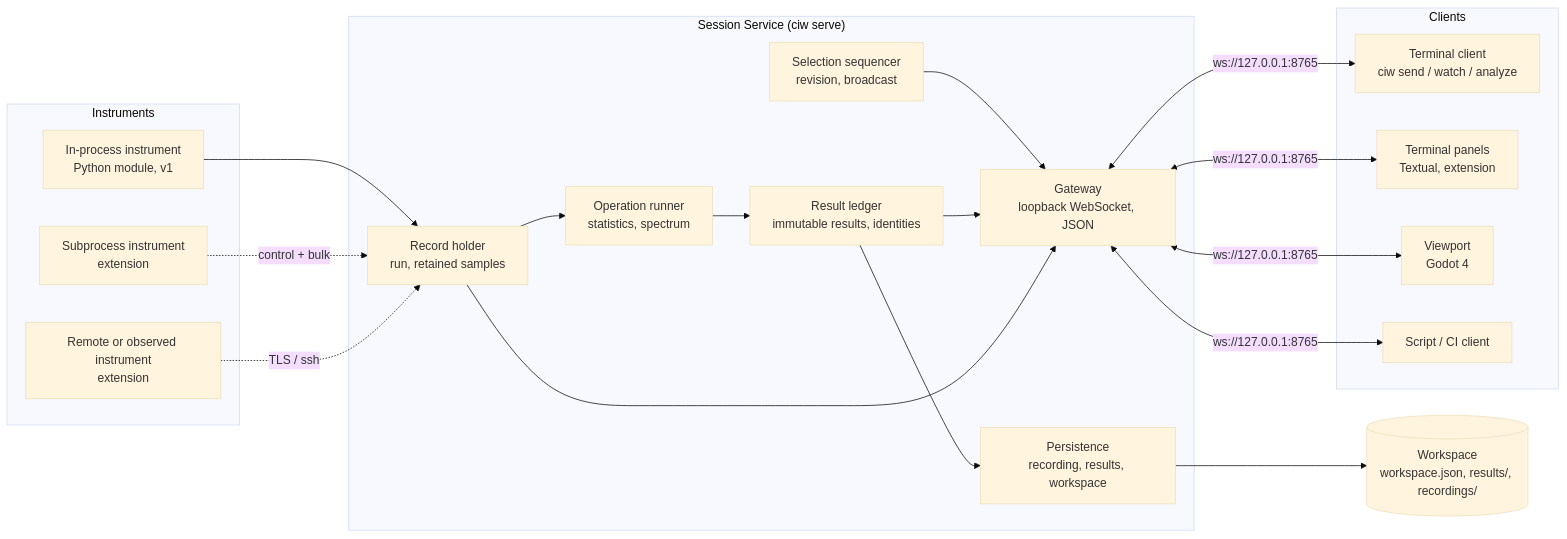
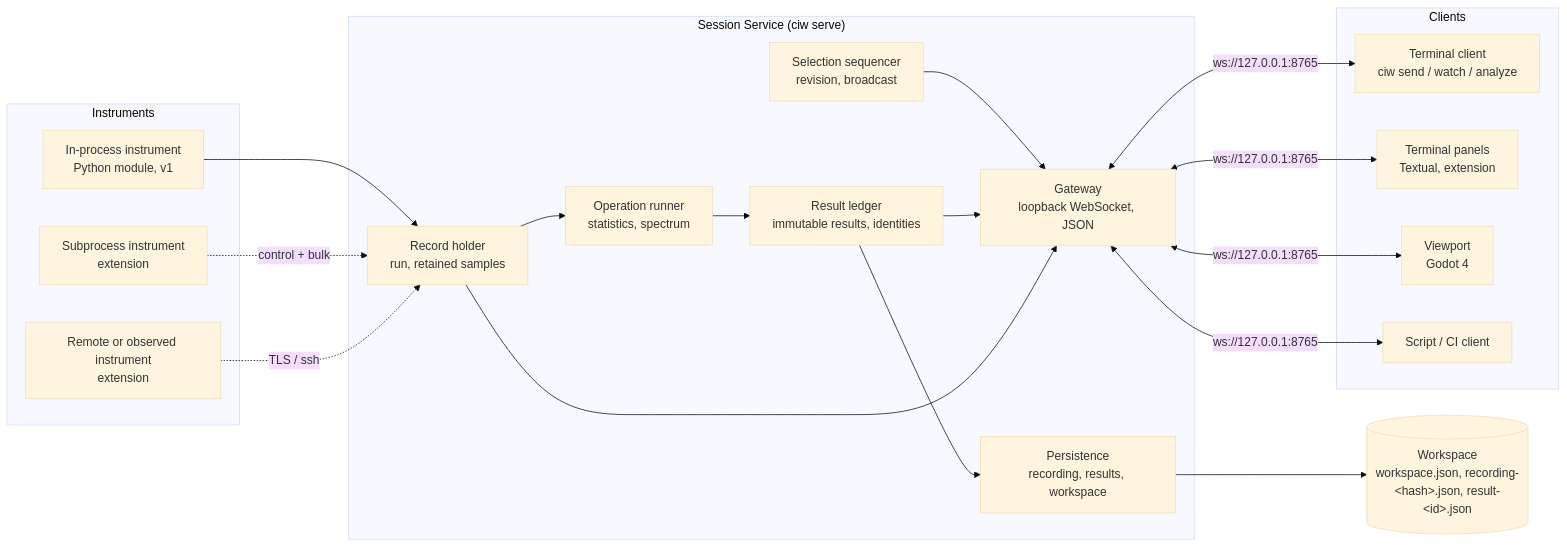
The first of 3 diagrams in docs/ARCHITECTURE.md (giasonpooni/Computational-Instrumentation-Workbench), drawn with Mermaid (base theme) before and after one commit. The commit also changed other lines of this file, not shown here.

First line of the commit message:
Revise the architecture document after adversarial review

````diff
--- a/docs/ARCHITECTURE.md
+++ b/docs/ARCHITECTURE.md
@@ -116,35 +115,35 @@
 ```mermaid
 flowchart LR
     subgraph Instruments
         I1[In-process instrument<br/>Python module, v1]
         I2[Subprocess instrument<br/>extension]
         I3[Remote or observed instrument<br/>extension]
     end
     subgraph Service["Session Service (ciw serve)"]
         REC[Record holder<br/>run, retained samples]
         SEL[Selection sequencer<br/>revision, broadcast]
         OPS[Operation runner<br/>statistics, spectrum]
         RES[Result ledger<br/>immutable results, identities]
         GW[Gateway<br/>loopback WebSocket, JSON]
         PER[Persistence<br/>recording, results, workspace]
     end
     subgraph Clients
         CLI[Terminal client<br/>ciw send / watch / analyze]
         TUI[Terminal panels<br/>Textual, extension]
         VP[Viewport<br/>Godot 4]
         SC[Script / CI client]
     end
-    WS[(Workspace<br/>workspace.json, results/, recordings/)]
+    WS[("Workspace<br/>workspace.json, recording-#lt;hash#gt;.json, result-#lt;id#gt;.json")]
     I1 --> REC
     I2 -. control + bulk .-> REC
     I3 -. TLS / ssh .-> REC
     REC --> OPS --> RES
     SEL --> GW
     RES --> GW
     REC --> GW
     RES --> PER --> WS
     GW <-- ws://127.0.0.1:8765 --> CLI
     GW <-- ws://127.0.0.1:8765 --> TUI
     GW <-- ws://127.0.0.1:8765 --> VP
     GW <-- ws://127.0.0.1:8765 --> SC
 ```
````
